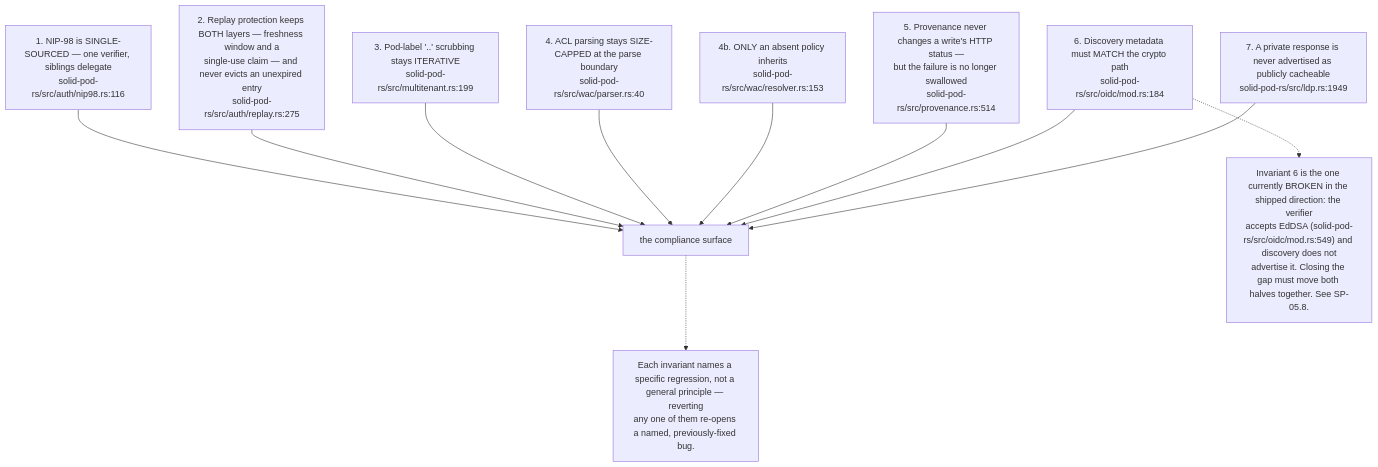
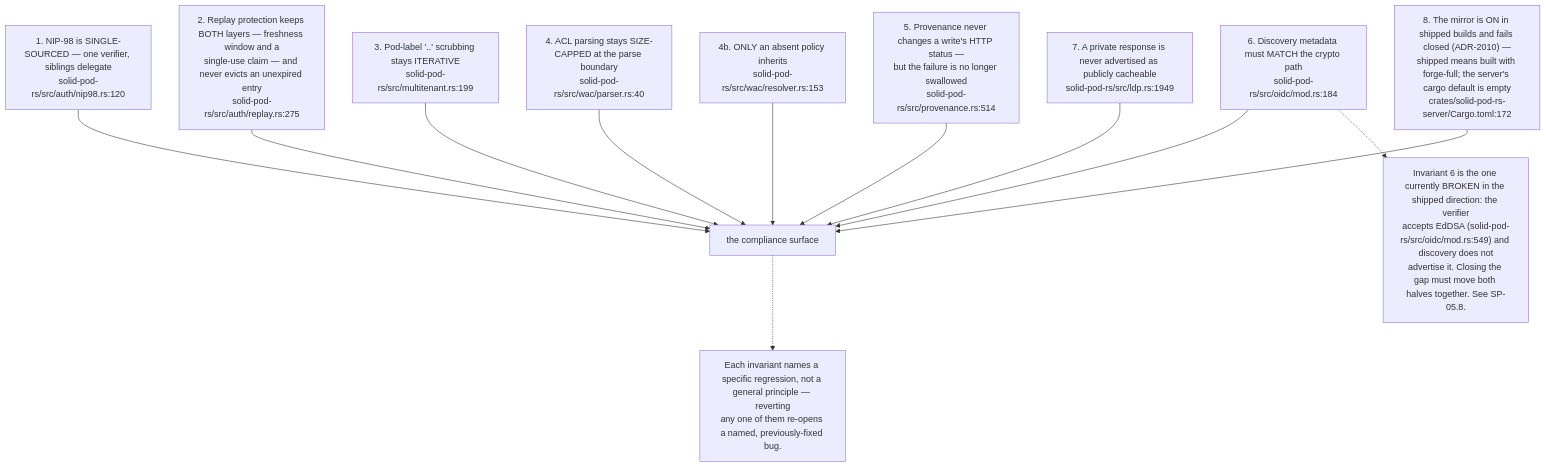
Before and after one commit to DreamLab-AI/VisionFlow: the first of 12 diagrams in docs/diagrams/solid-pod-rs/10-failure-modes-and-invariants.md, drawn with Mermaid. The commit also changed other lines of this file and 47 other files, not shown here.

````diff
--- a/docs/diagrams/solid-pod-rs/10-failure-modes-and-invariants.md
+++ b/docs/diagrams/solid-pod-rs/10-failure-modes-and-invariants.md
@@ -45,25 +49,27 @@
 ```mermaid
 flowchart TD
-    I1["1. NIP-98 is SINGLE-SOURCED — one verifier, siblings delegate<br/>solid-pod-rs/src/auth/nip98.rs:116"]
+    I1["1. NIP-98 is SINGLE-SOURCED — one verifier, siblings delegate<br/>solid-pod-rs/src/auth/nip98.rs:120"]
     I2["2. Replay protection keeps BOTH layers — freshness window and a<br/>single-use claim — and never evicts an unexpired entry<br/>solid-pod-rs/src/auth/replay.rs:275"]
     I3["3. Pod-label '..' scrubbing stays ITERATIVE<br/>solid-pod-rs/src/multitenant.rs:199"]
     I4["4. ACL parsing stays SIZE-CAPPED at the parse boundary<br/>solid-pod-rs/src/wac/parser.rs:40"]
     I4b["4b. ONLY an absent policy inherits<br/>solid-pod-rs/src/wac/resolver.rs:153"]
     I5["5. Provenance never changes a write's HTTP status —<br/>but the failure is no longer swallowed<br/>solid-pod-rs/src/provenance.rs:514"]
     I6["6. Discovery metadata must MATCH the crypto path<br/>solid-pod-rs/src/oidc/mod.rs:184"]
     I7["7. A private response is never advertised as publicly cacheable<br/>solid-pod-rs/src/ldp.rs:1949"]
+    I8["8. The mirror is ON in shipped builds and fails closed (ADR-2010) —<br/>shipped means built with forge-full; the server's cargo default is empty<br/>crates/solid-pod-rs-server/Cargo.toml:172"]
 
     I1 --> SUR["the compliance surface"]
     I2 --> SUR
     I3 --> SUR
     I4 --> SUR
     I4b --> SUR
     I5 --> SUR
     I6 --> SUR
     I7 --> SUR
+    I8 --> SUR
 
     N["Invariant 6 is the one currently BROKEN in the shipped direction: the verifier<br/>accepts EdDSA (solid-pod-rs/src/oidc/mod.rs:549) and discovery does not<br/>advertise it. Closing the gap must move both halves together. See SP-05.8."]
     I6 -.-> N
     N2["Each invariant names a specific regression, not a general principle — reverting<br/>any one of them re-opens a named, previously-fixed bug."]
     SUR -.-> N2
 ```
````
